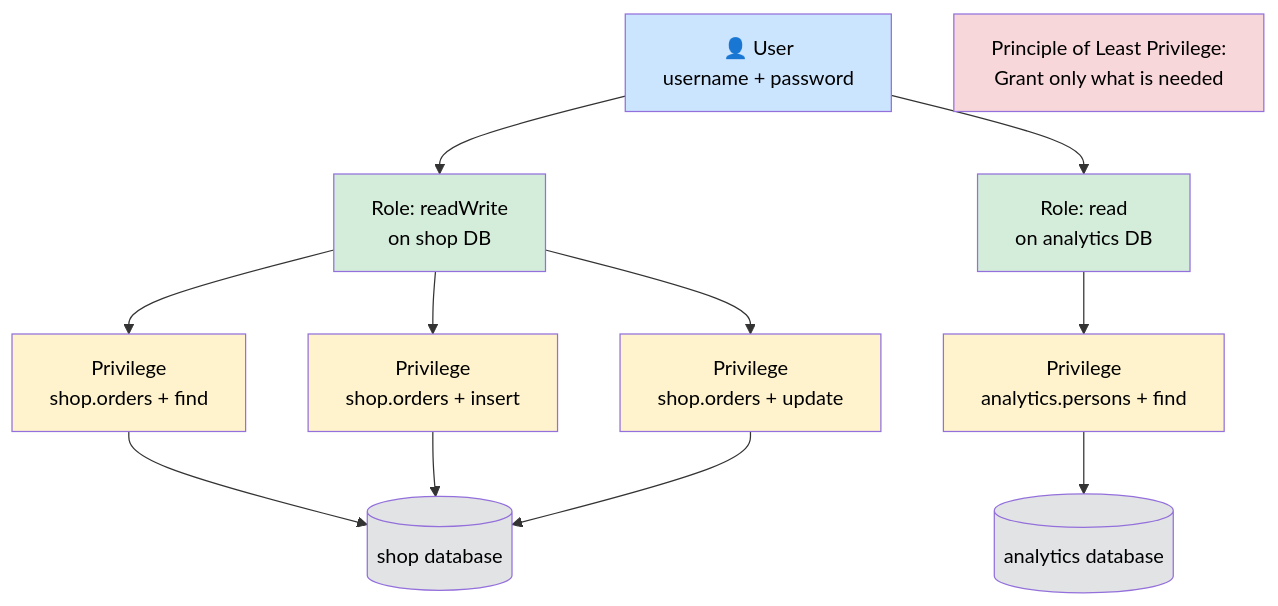
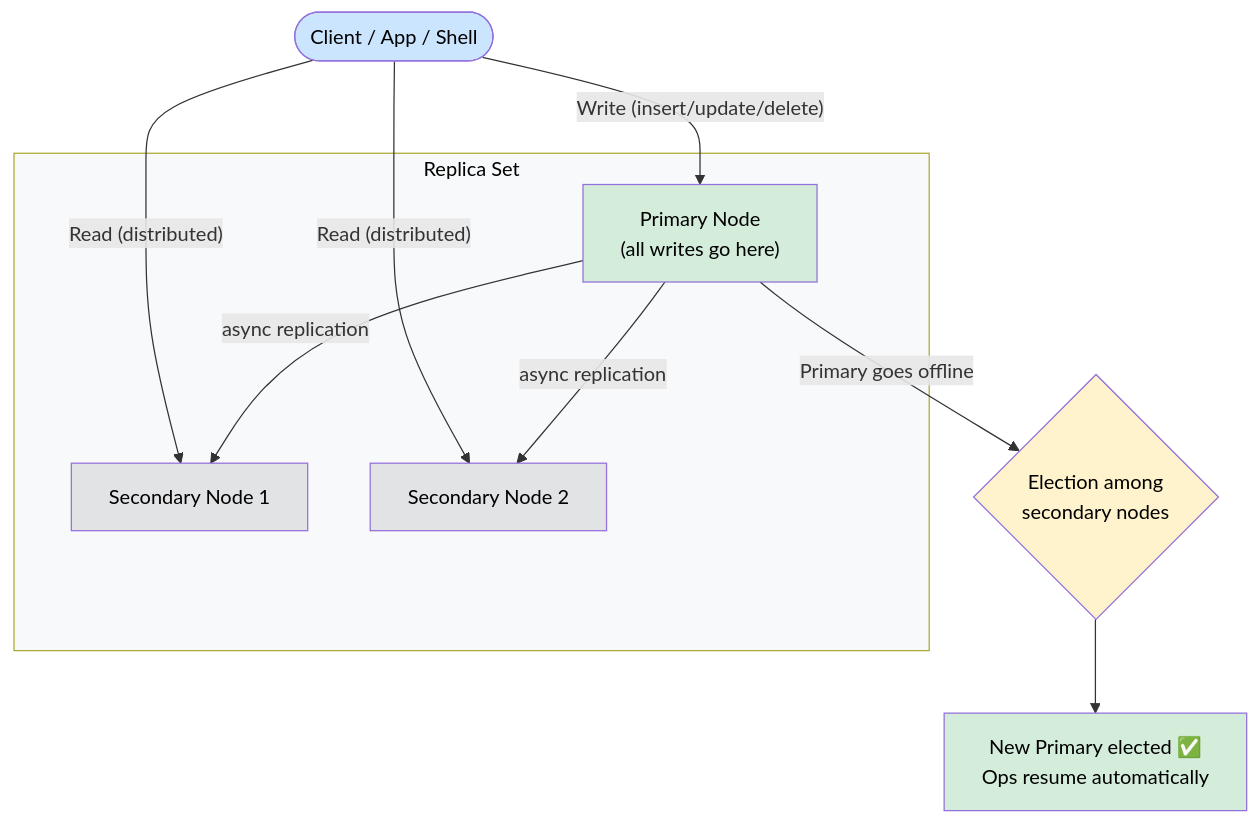
One commit to PrashantMudhiraj/JSAdv changed diagram 34 of 36 in mongodb/mongodb.md. Above: the diagram before and after it, drawn with Mermaid. The commit also changed other lines of this file, not shown here.

````diff
--- a/mongodb/mongodb.md
+++ b/mongodb/mongodb.md
@@ -13020,28 +13518,27 @@
 ```mermaid
 flowchart TD
-    U["👤 User<br/>username + password"]
-    U --> R1["Role: readWrite<br/>on shop DB"]
-    U --> R2["Role: read<br/>on analytics DB"]
+    CLIENT(["Client / App / Shell"])
 
-    R1 --> P1["Privilege<br/>shop.orders + find"]
-    R1 --> P2["Privilege<br/>shop.orders + insert"]
-    R1 --> P3["Privilege<br/>shop.orders + update"]
+    subgraph RS ["Replica Set"]
+        PRIMARY["Primary Node<br/>(all writes go here)"]
+        SEC1["Secondary Node 1"]
+        SEC2["Secondary Node 2"]
+    end
 
-    R2 --> P4["Privilege<br/>analytics.persons + find"]
+    CLIENT -->|"Write (insert/update/delete)"| PRIMARY
+    PRIMARY -->|"async replication"| SEC1
+    PRIMARY -->|"async replication"| SEC2
+    CLIENT -->|"Read (distributed)"| SEC1
+    CLIENT -->|"Read (distributed)"| SEC2
 
-    P1 & P2 & P3 --> RES1[("shop database")]
-    P4 --> RES2[("analytics database")]
+    PRIMARY -->|"Primary goes offline"| ELECT{"Election among<br/>secondary nodes"}
+    ELECT --> NEWPRI["New Primary elected ✅<br/>Ops resume automatically"]
 
-    NOTE["Principle of Least Privilege:<br/>Grant only what is needed"]
-
-    style U fill:#cce5ff,color:#000
-    style R1 fill:#d4edda,color:#000
-    style R2 fill:#d4edda,color:#000
-    style P1 fill:#fff3cd,color:#000
-    style P2 fill:#fff3cd,color:#000
-    style P3 fill:#fff3cd,color:#000
-    style P4 fill:#fff3cd,color:#000
-    style RES1 fill:#e2e3e5,color:#000
-    style RES2 fill:#e2e3e5,color:#000
-    style NOTE fill:#f8d7da,color:#000
+    style CLIENT fill:#cce5ff,color:#000
+    style PRIMARY fill:#d4edda,color:#000
+    style SEC1 fill:#e2e3e5,color:#000
+    style SEC2 fill:#e2e3e5,color:#000
+    style ELECT fill:#fff3cd,color:#000
+    style NEWPRI fill:#d4edda,color:#000
+    style RS fill:#f8f9fa,color:#000
 ```
````
